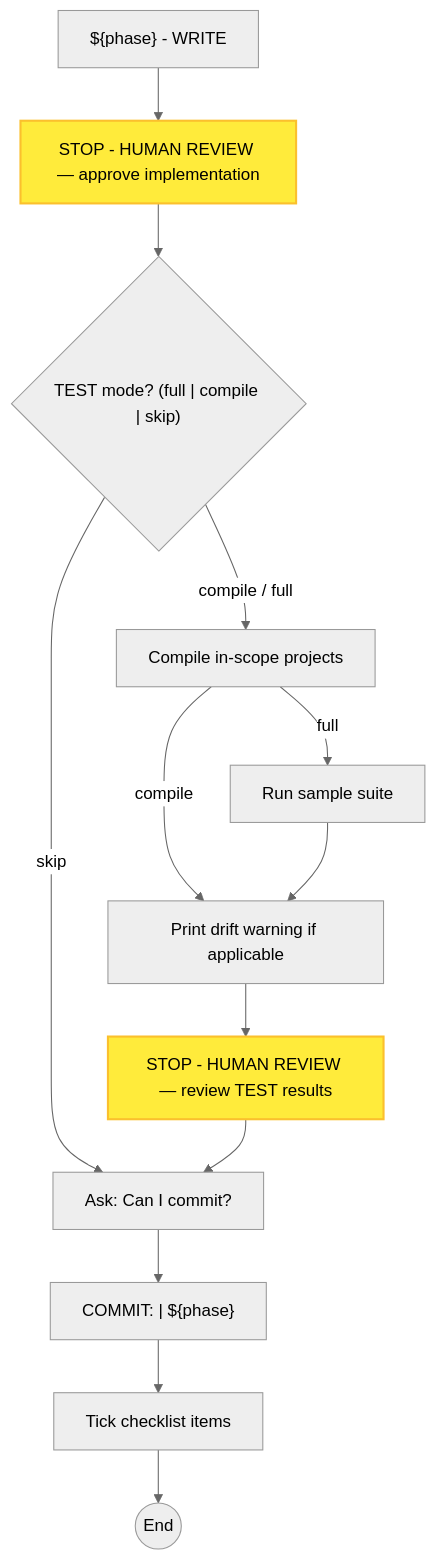
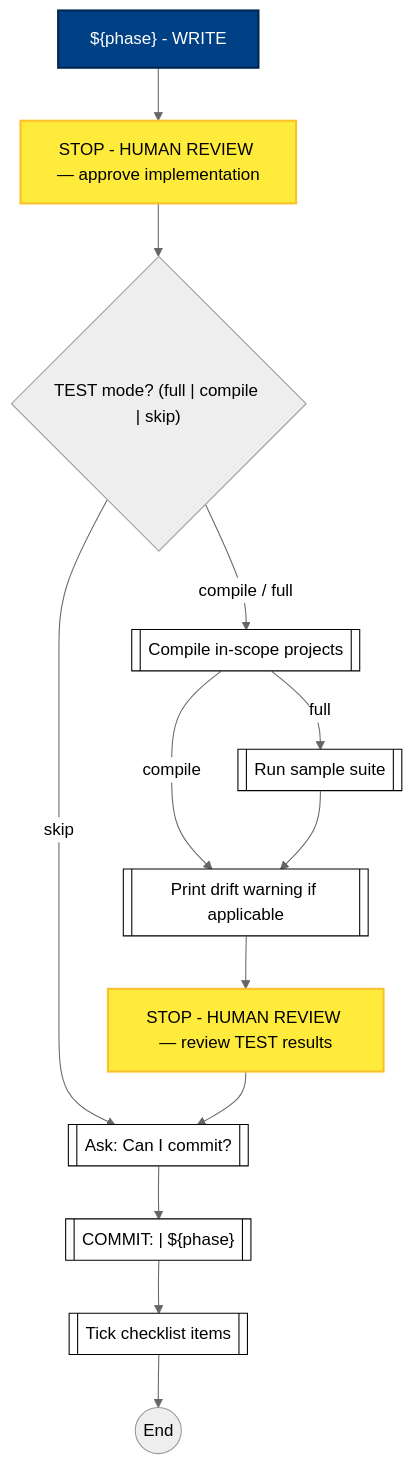
One commit to optivem/gh-optivem changed the ninth of 11 diagrams in docs/process-diagram.md. Above: the diagram before and after it, drawn with Mermaid (neutral theme). The commit also changed other lines of this file and 23 other files, not shown here.

````diff
--- a/docs/process-diagram.md
+++ b/docs/process-diagram.md
@@ -222,30 +240,36 @@
 ```mermaid
 flowchart TD
-    ASK_COMMIT[Ask: Can I commit?]
-    COMMIT_STRUCT["COMMIT: <Ticket> | ${phase}"]
-    COMPILE[Compile in-scope projects]
-    DRIFT[Print drift warning if applicable]
+    ASK_COMMIT[[Ask: Can I commit?]]
+    COMMIT_STRUCT[["COMMIT: <Ticket> | ${phase}"]]
+    COMPILE[[Compile in-scope projects]]
+    DRIFT[[Print drift warning if applicable]]
     GATE_TEST_MODE{"TEST mode? (full | compile | skip)"}
-    SAMPLE[Run sample suite]
+    SAMPLE[[Run sample suite]]
     STOP_STRUCT_REVIEW[STOP - HUMAN REVIEW — approve implementation]
     STOP_STRUCT_TEST[STOP - HUMAN REVIEW — review TEST results]
     STRUCT_END((End))
     STRUCT_WRITE["${phase} - WRITE"]
-    TICK[Tick checklist items]
+    TICK[[Tick checklist items]]
 
     STRUCT_WRITE --> STOP_STRUCT_REVIEW
     STOP_STRUCT_REVIEW --> GATE_TEST_MODE
     GATE_TEST_MODE -- skip --> ASK_COMMIT
     GATE_TEST_MODE -- compile / full --> COMPILE
     COMPILE -- full --> SAMPLE
     COMPILE -- compile --> DRIFT
     SAMPLE --> DRIFT
     DRIFT --> STOP_STRUCT_TEST
     STOP_STRUCT_TEST --> ASK_COMMIT
     ASK_COMMIT --> COMMIT_STRUCT
     COMMIT_STRUCT --> TICK
     TICK --> STRUCT_END
 
-    classDef humanReviewNode fill:#ffeb3b,stroke:#fbc02d,stroke-width:2px,color:#000
-    class STOP_STRUCT_REVIEW,STOP_STRUCT_TEST humanReviewNode
+    classDef serviceNode fill:#ffffff,stroke:#000000,stroke-width:1px,color:#000000
+    class ASK_COMMIT,COMMIT_STRUCT,COMPILE,DRIFT,SAMPLE,TICK serviceNode
+
+    classDef agentNode fill:#004085,stroke:#002752,stroke-width:2px,color:#ffffff
+    class STRUCT_WRITE agentNode
+
+    classDef humanNode fill:#ffeb3b,stroke:#fbc02d,stroke-width:2px,color:#000000
+    class STOP_STRUCT_REVIEW,STOP_STRUCT_TEST humanNode
 ```
````
